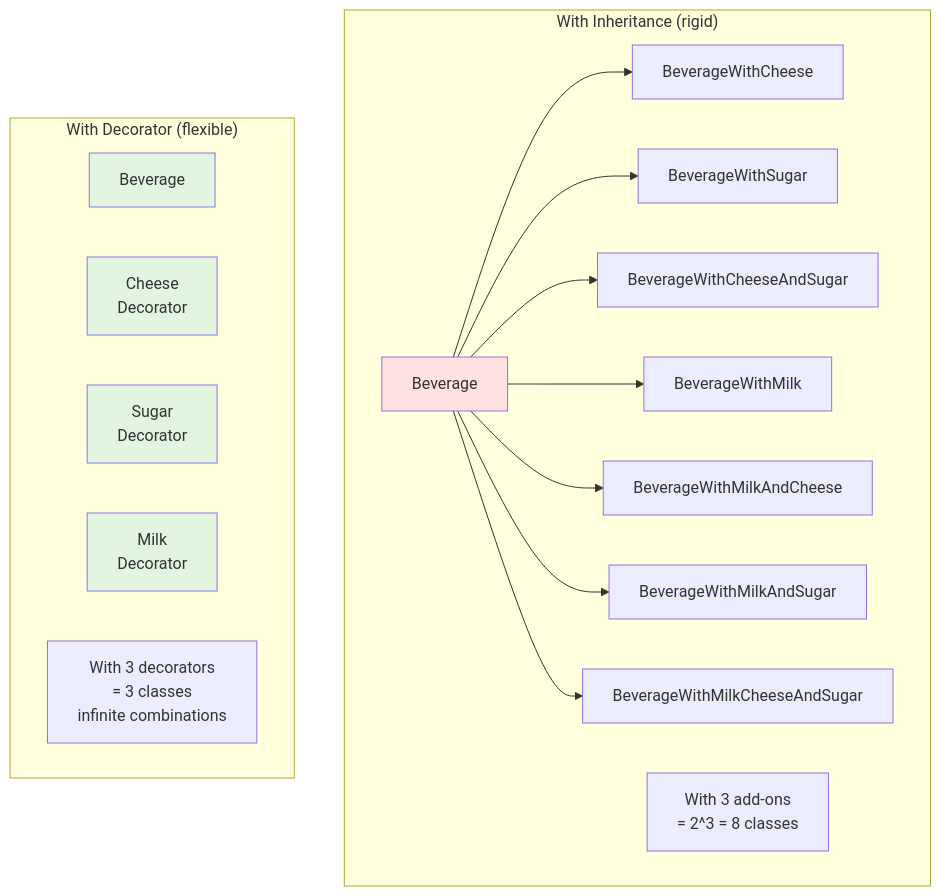
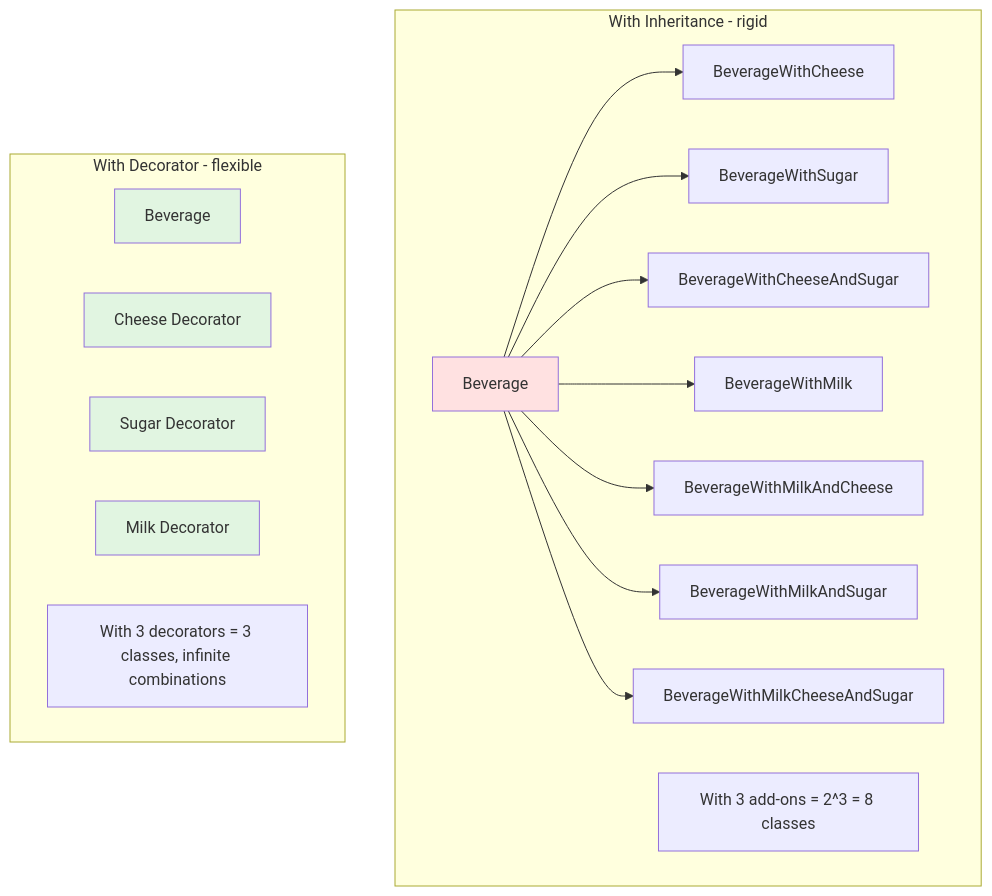
One commit to Brebu/Quizz changed diagram 21 of 55 in chapters/cap13-design-patterns-diag.md. Above: the diagram before and after it, drawn with Mermaid. The commit also changed other lines of this file and 1 other file, not shown here.

````diff
--- a/chapters/cap13-design-patterns-diag.md
+++ b/chapters/cap13-design-patterns-diag.md
@@ -656,31 +656,31 @@
 ```mermaid
 graph TB
-    subgraph "With Inheritance (rigid)"
+    subgraph WithInheritance[With Inheritance - rigid]
         B[Beverage]
         B --> BC[BeverageWithCheese]
         B --> BS[BeverageWithSugar]
         B --> BCS[BeverageWithCheeseAndSugar]
         B --> BM[BeverageWithMilk]
         B --> BMC[BeverageWithMilkAndCheese]
         B --> BMS[BeverageWithMilkAndSugar]
         B --> BMCS[BeverageWithMilkCheeseAndSugar]
         
-        Note1[With 3 add-ons<br/>= 2^3 = 8 classes]
+        Note1[With 3 add-ons = 2^3 = 8 classes]
     end
     
-    subgraph "With Decorator (flexible)"
+    subgraph WithDecorator[With Decorator - flexible]
         Bev[Beverage]
         
-        D1[Cheese<br/>Decorator]
-        D2[Sugar<br/>Decorator]
-        D3[Milk<br/>Decorator]
+        D1[Cheese Decorator]
+        D2[Sugar Decorator]
+        D3[Milk Decorator]
         
-        Note2[With 3 decorators<br/>= 3 classes<br/>infinite combinations]
+        Note2[With 3 decorators = 3 classes, infinite combinations]
     end
     
     style B fill:#ffe1e1
     style Bev fill:#e1f5e1
     style D1 fill:#e1f5e1
     style D2 fill:#e1f5e1
     style D3 fill:#e1f5e1
 ```
````
